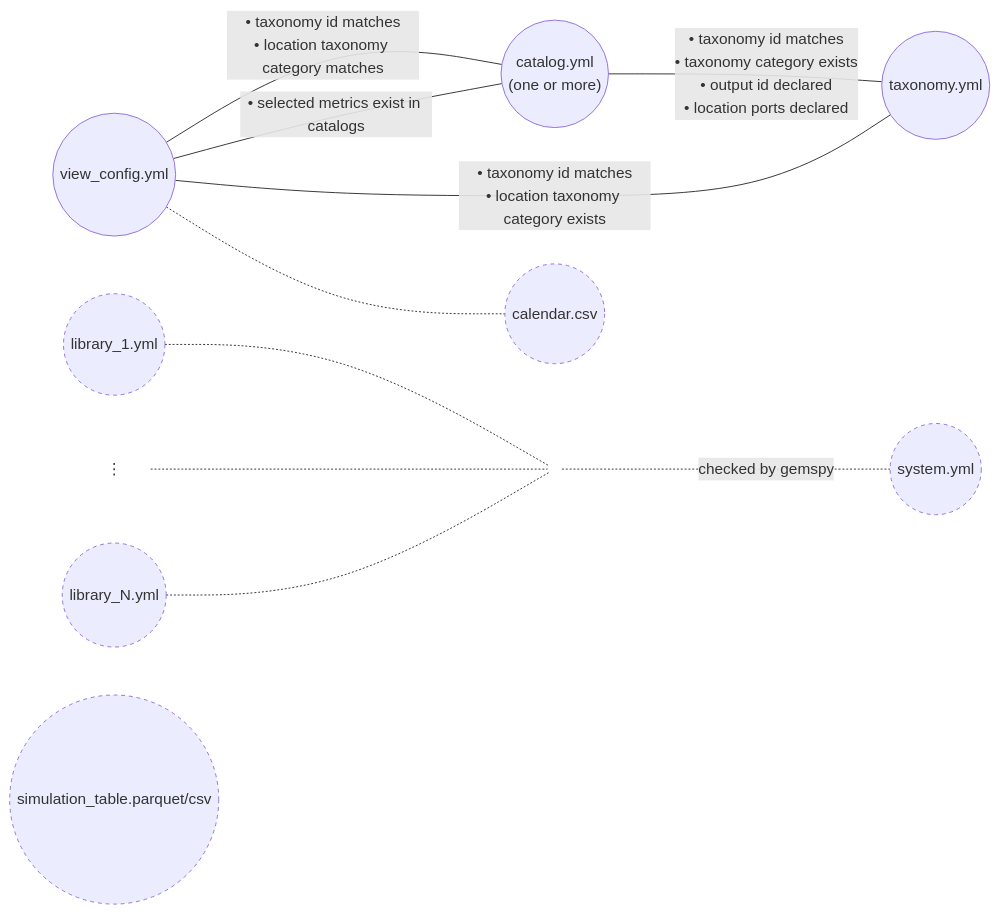
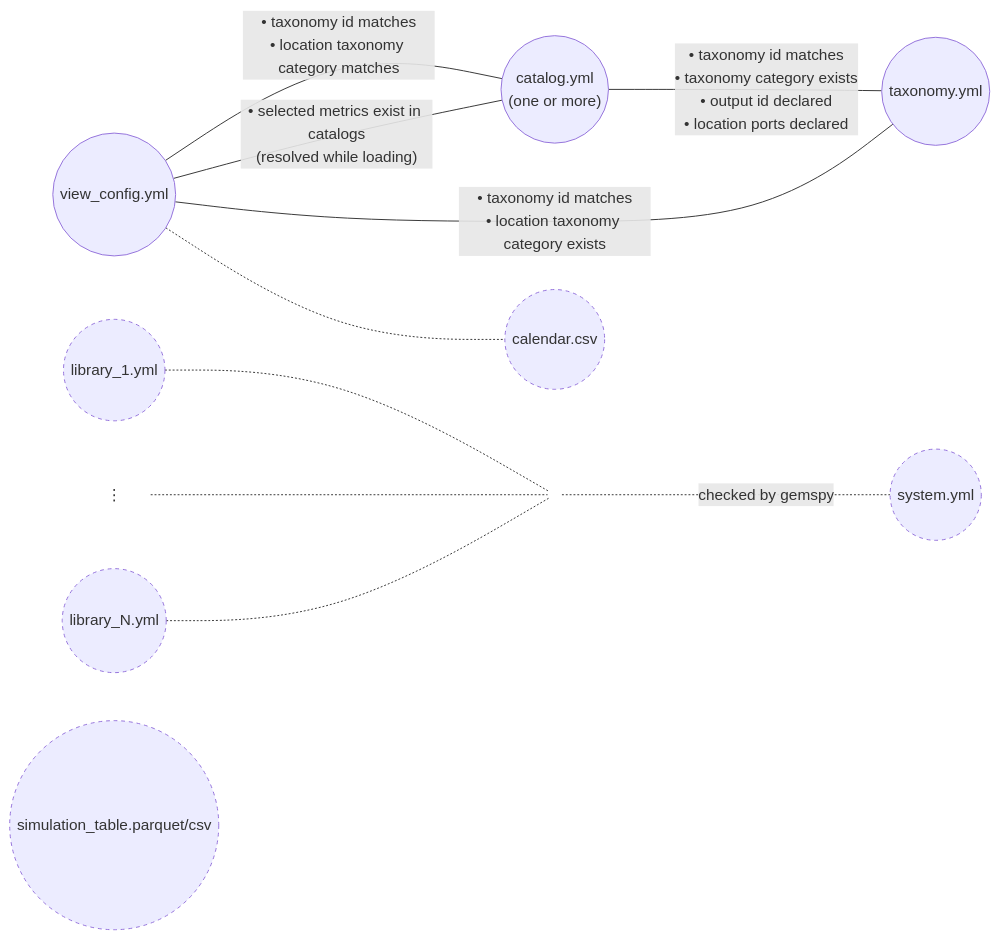
One commit to AntaresSimulatorTeam/GEMS-ViewsBuilder changed the diagram in docs/input_validation_diagram.md. Above: the diagram before and after it, drawn with Mermaid. The commit also changed other lines of this file and 4 other files, not shown here.

First line of the commit message:
refactor(validation): remove ViewConfigMetricsAgainstCatalogsValidator and update input consistency checks

````diff
--- a/docs/input_validation_diagram.md
+++ b/docs/input_validation_diagram.md
@@ -6,29 +6,29 @@
 ```mermaid
 graph LR
     catalog(("catalog.yml<br/>(one or more)"))
     taxonomy(("taxonomy.yml"))
     view_config(("view_config.yml"))
     library_1(("library_1.yml"))
     library_dots["⋮"]
     library_n(("library_N.yml"))
     library_join((" "))
     system(("system.yml"))
     simulation_table(("simulation_table.parquet/csv"))
     calendar(("calendar.csv"))
 
     catalog -- "• taxonomy id matches<br/>• taxonomy category exists<br/>• output id declared<br/>• location ports declared" --- taxonomy
     view_config -- "• taxonomy id matches<br/>• location taxonomy category exists" --- taxonomy
     view_config -- "• taxonomy id matches<br/>• location taxonomy category matches" --- catalog
-    view_config -- "• selected metrics exist in catalogs" --- catalog
+    view_config -- "• selected metrics exist in catalogs<br/>(resolved while loading)" --- catalog
 
     library_1 -.- library_join
     library_dots -.- library_join
     library_n -.- library_join
     library_join -. "checked by gemspy" .- system
     view_config -.- calendar
 
     classDef unvalidated stroke-dasharray: 4 4;
     classDef plain stroke: none, fill: none;
     class library_1,library_n,system,simulation_table,calendar unvalidated;
     class library_dots,library_join plain;
 ```
````
